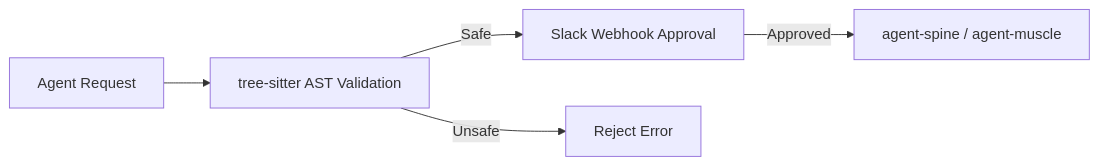
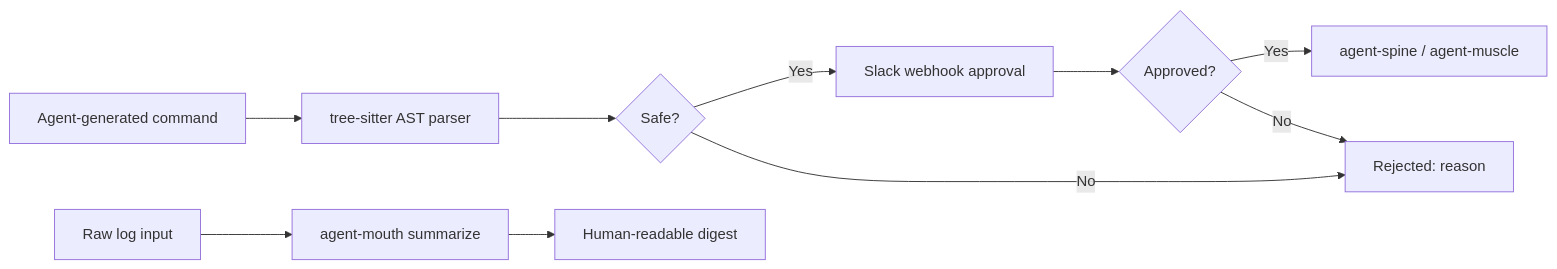
The diagram in README.md (autonomic-ai-dev/agent-mouth), drawn with Mermaid before and after one commit. The commit also changed other lines of this file and 5 other files, not shown here.

````diff
--- a/README.md
+++ b/README.md
@@ -24,7 +21,16 @@
 ```mermaid
 flowchart LR
-    Req[Agent Request] --> AST[tree-sitter AST Validation]
-    AST -- Safe --> Slack[Slack Webhook Approval]
-    AST -- Unsafe --> Reject[Reject Error]
-    Slack -- Approved --> Spine[agent-spine / agent-muscle]
+    Agent["Agent-generated command"] --> AST["tree-sitter AST parser"]
+
+    AST --> Safe{"Safe?"}
+
+    Safe -->|Yes| Slack["Slack webhook approval"]
+    Safe -->|No| Reject["Rejected: reason"]
+
+    Slack --> Approved{"Approved?"}
+    Approved -->|Yes| Execute["agent-spine / agent-muscle"]
+    Approved -->|No| Reject
+
+    Logs["Raw log input"] --> Summarize["agent-mouth summarize"]
+    Summarize --> Digest["Human-readable digest"]
 ```
````
